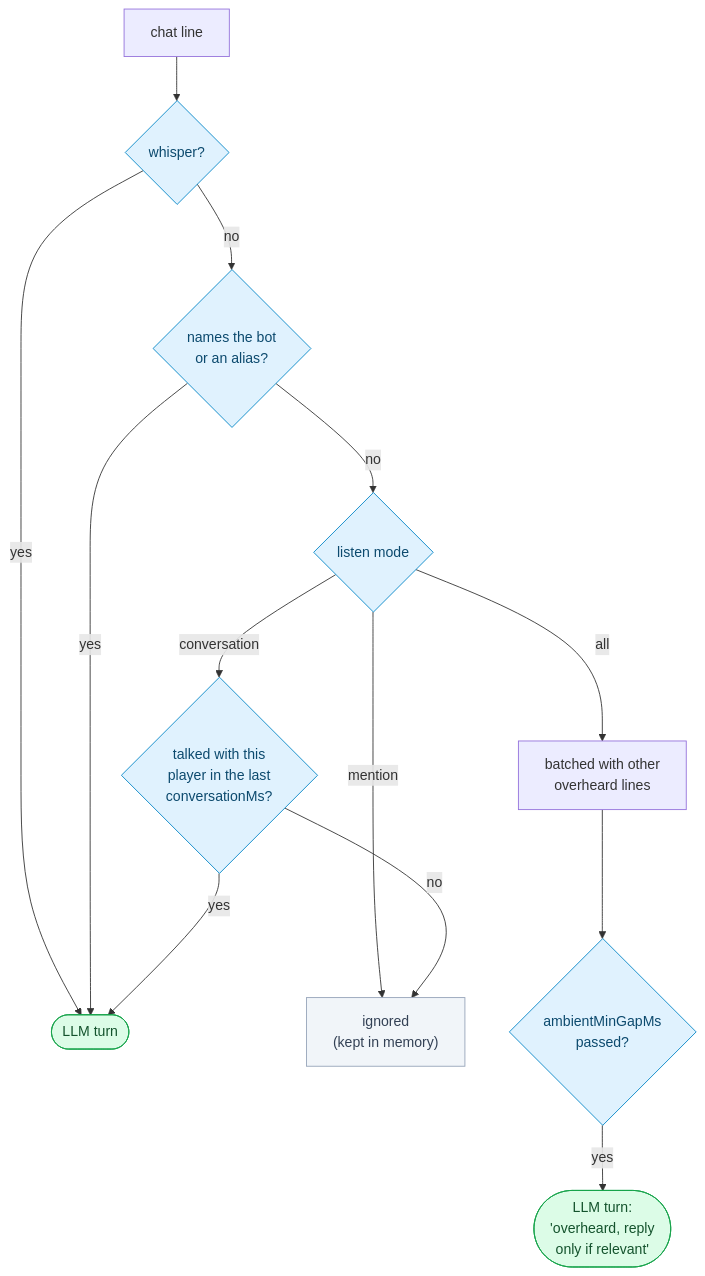
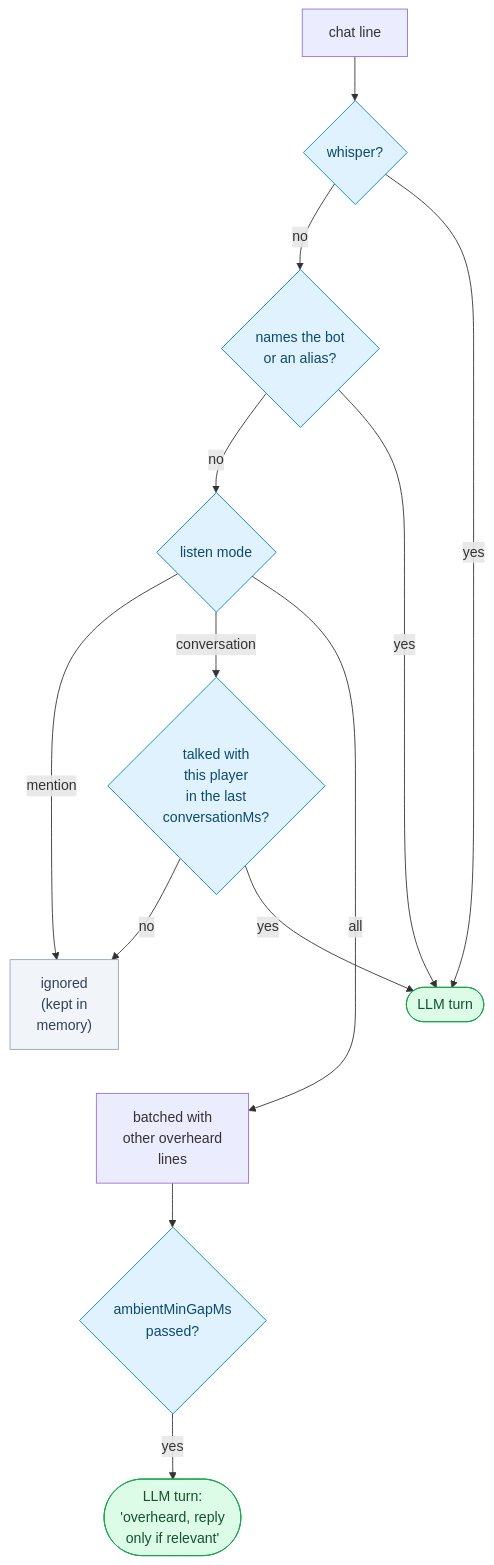
The first of 2 diagrams in docs/guide/profiles.md (thereisnotime/golemkit), drawn with Mermaid before and after one commit. The commit also changed 20 other files, not shown here.

First line of the commit message:
Docs: replace the last ASCII diagrams with mermaid, make wide charts top-down to fit the column

````diff
--- a/docs/guide/profiles.md
+++ b/docs/guide/profiles.md
@@ -87,19 +87,22 @@
 ```mermaid
-flowchart TB
+flowchart TD
   M["chat line"] --> W{"whisper?"}
+  W -- no --> N{"names the bot<br/>or an alias?"}
+  N -- no --> L{"listen mode"}
+  L -- mention --> X["ignored<br/>(kept in<br/>memory)"]
+  L -- conversation --> C{"talked with<br/>this player<br/>in the last<br/>conversationMs?"}
+  L -- all --> B["batched with<br/>other overheard<br/>lines"]
+  B --> R{"ambientMinGapMs<br/>passed?"}
+  R -- yes --> A(["LLM turn:<br/>'overheard, reply<br/>only if relevant'"])
+  C -- no --> X
+  X ~~~ B
+  C -- yes --> T
+  N -- yes --> T
   W -- yes --> T(["LLM turn"])
-  W -- no --> N{"names the bot<br/>or an alias?"}
-  N -- yes --> T
-  N -- no --> L{"listen mode"}
-  L -- mention --> X["ignored<br/>(kept in memory)"]
-  L -- conversation --> C{"talked with this<br/>player in the last<br/>conversationMs?"}
-  C -- yes --> T
-  C -- no --> X
-  L -- all --> B["batched with other<br/>overheard lines"] --> R{"ambientMinGapMs<br/>passed?"} -- yes --> A(["LLM turn:<br/>'overheard, reply<br/>only if relevant'"])
   classDef turn fill:#dcfce7,stroke:#16a34a,color:#14532d
   classDef skip fill:#f1f5f9,stroke:#94a3b8,color:#334155
   classDef dec fill:#e0f2fe,stroke:#0284c7,color:#0c4a6e
   class T,A turn
   class X skip
   class W,N,L,C,R dec
 ```
````
